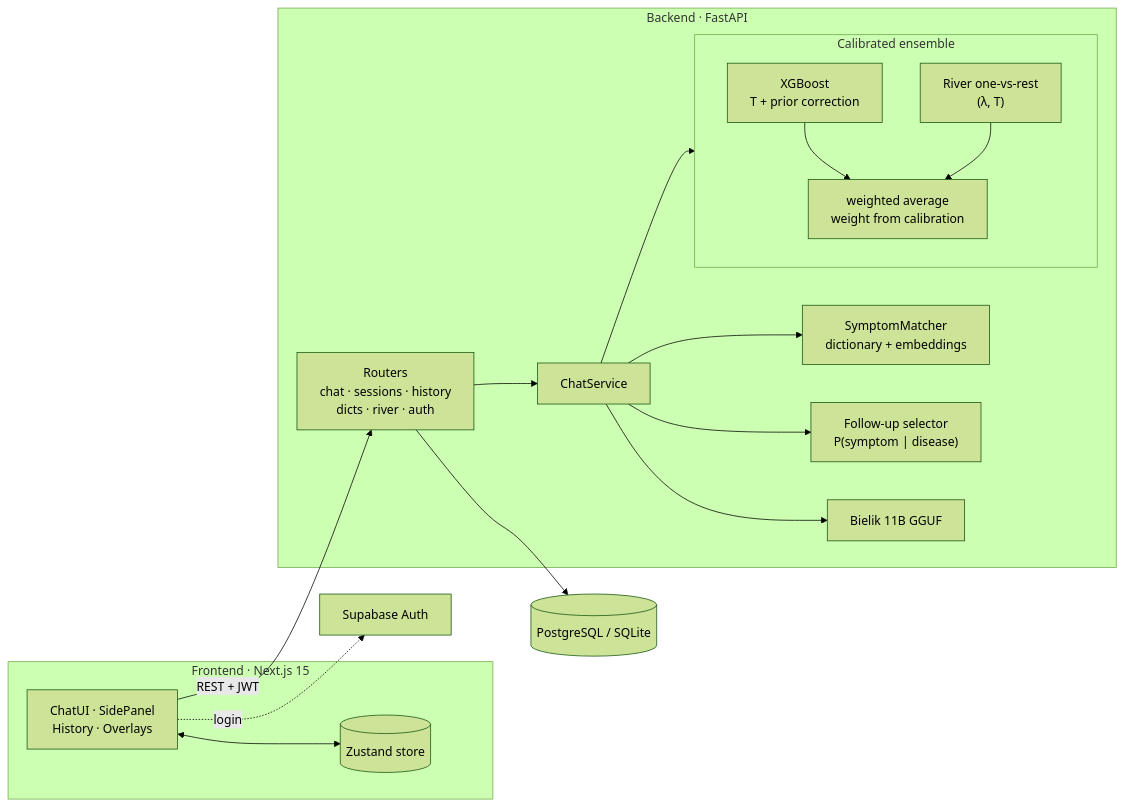
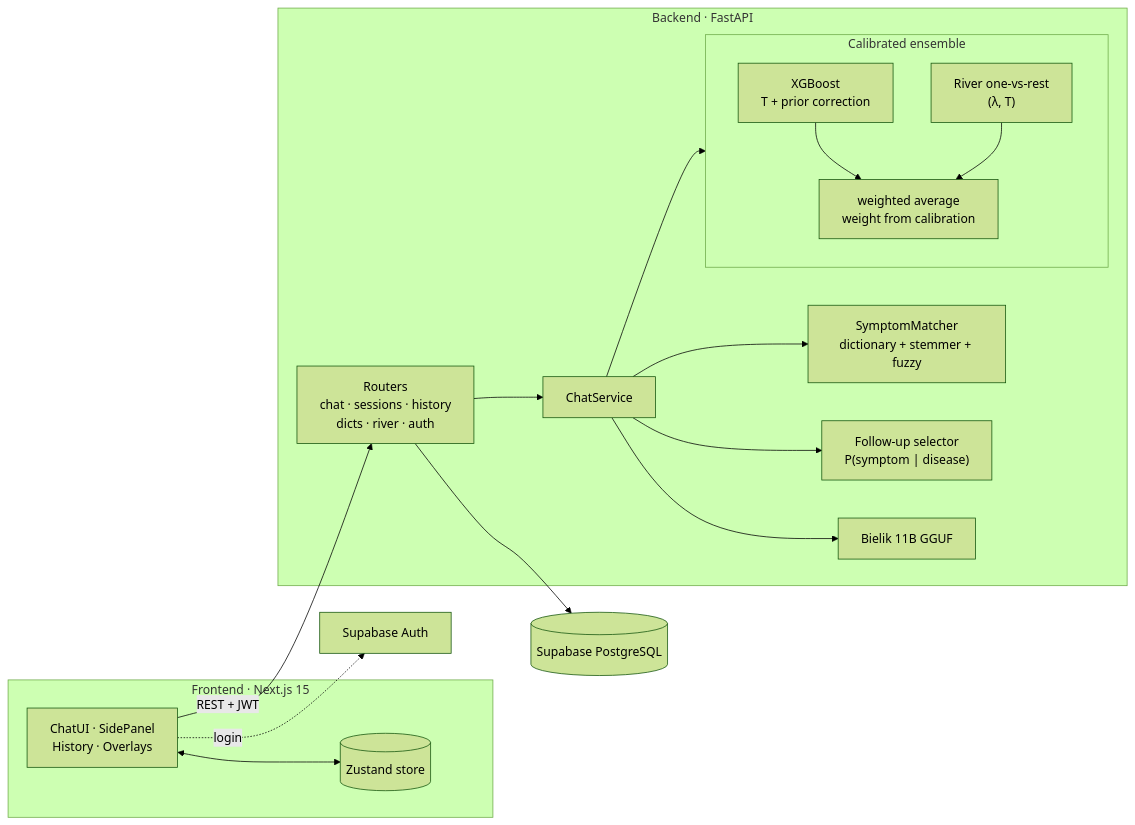
Before and after one commit to Nurek54/SymptomChecker: the second of 3 diagrams in README.md, drawn with Mermaid (forest theme). The commit also changed other lines of this file and 16 other files, not shown here.

Commit message:
README: animowany schemat ensemble, wykres kalibracji, terminal, badge CI; zgodność z projektem

````diff
--- a/README.md
+++ b/README.md
@@ -179,33 +186,33 @@
 ```mermaid
 flowchart LR
     subgraph FE["Frontend · Next.js 15"]
         UI["ChatUI · SidePanel<br/>History · Overlays"]
         ST[("Zustand store")]
     end
     subgraph BE["Backend · FastAPI"]
         R["Routers<br/>chat · sessions · history<br/>dicts · river · auth"]
         CS["ChatService"]
-        MA["SymptomMatcher<br/>dictionary + embeddings"]
+        MA["SymptomMatcher<br/>dictionary + stemmer + fuzzy"]
         FS["Follow-up selector<br/>P(symptom | disease)"]
         subgraph ENS["Calibrated ensemble"]
             X["XGBoost<br/>T + prior correction"]
             RV["River one-vs-rest<br/>(λ, T)"]
             F["weighted average<br/>weight from calibration"]
         end
         LLM["Bielik 11B GGUF"]
     end
-    DB[("PostgreSQL / SQLite")]
+    DB[("Supabase PostgreSQL")]
     SB["Supabase Auth"]
 
     UI <--> ST
     UI -- "REST + JWT" --> R
     UI -. login .-> SB
     R --> CS
     CS --> MA
     CS --> FS
     CS --> ENS
     X --> F
     RV --> F
     CS --> LLM
     R --> DB
 ```
````
